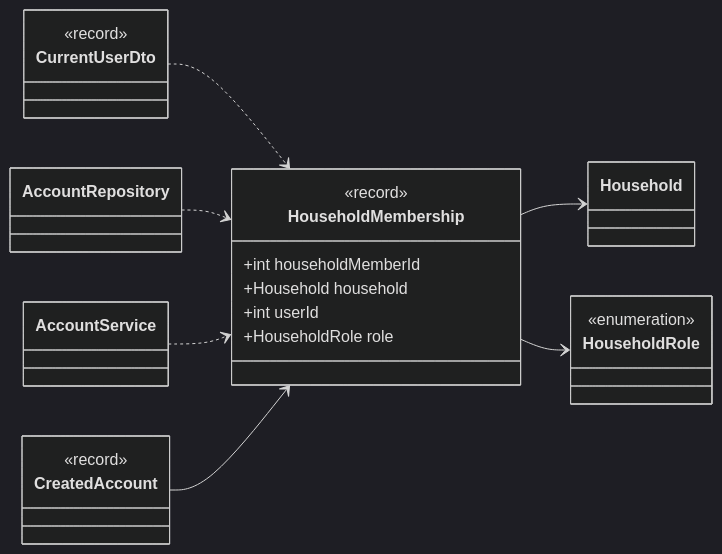
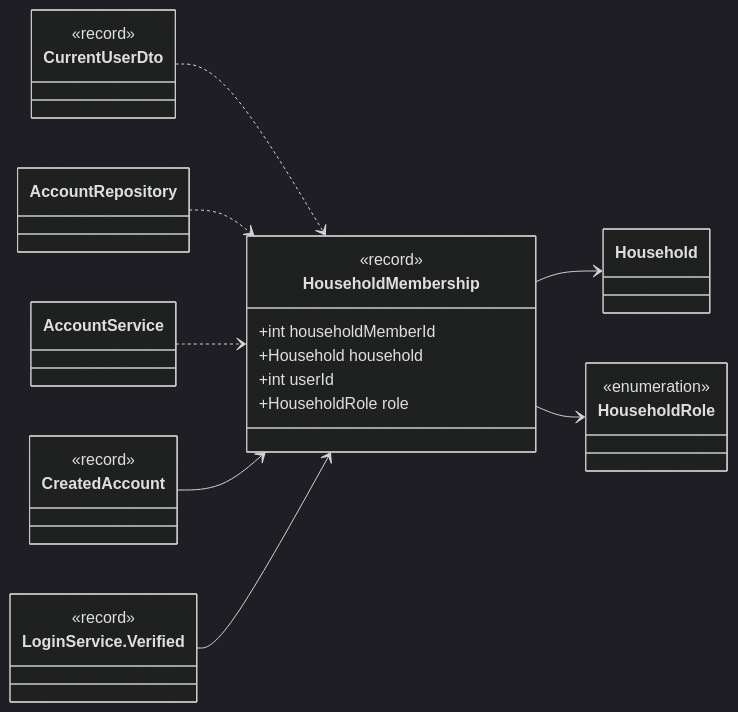
The seventh of 15 diagrams in docs/classes/auth.md (Nate-ryan-7690/dahaem), drawn with Mermaid (dark theme) before and after one commit. The commit also changed other lines of this file and 4 other files, not shown here.

````diff
--- a/docs/classes/auth.md
+++ b/docs/classes/auth.md
@@ -375,29 +407,33 @@
 ```mermaid
 classDiagram
     direction LR
     class auth_HouseholdMembership["HouseholdMembership"] {
         <<record>>
         +int householdMemberId
         +Household household
         +int userId
         +HouseholdRole role
     }
     class auth_Household["Household"]
     class auth_HouseholdRole["HouseholdRole"] {
         <<enumeration>>
     }
     class auth_CreatedAccount["CreatedAccount"] {
         <<record>>
     }
+    class auth_LoginService_Verified["LoginService.Verified"] {
+        <<record>>
+    }
     class api_CurrentUserDto["CurrentUserDto"] {
         <<record>>
     }
     class auth_AccountRepository["AccountRepository"]
     class auth_AccountService["AccountService"]
     auth_HouseholdMembership --> auth_Household
     auth_HouseholdMembership --> auth_HouseholdRole
     api_CurrentUserDto ..> auth_HouseholdMembership
     auth_AccountRepository ..> auth_HouseholdMembership
     auth_AccountService ..> auth_HouseholdMembership
     auth_CreatedAccount --> auth_HouseholdMembership
+    auth_LoginService_Verified --> auth_HouseholdMembership
 ```
````
